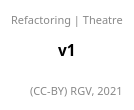
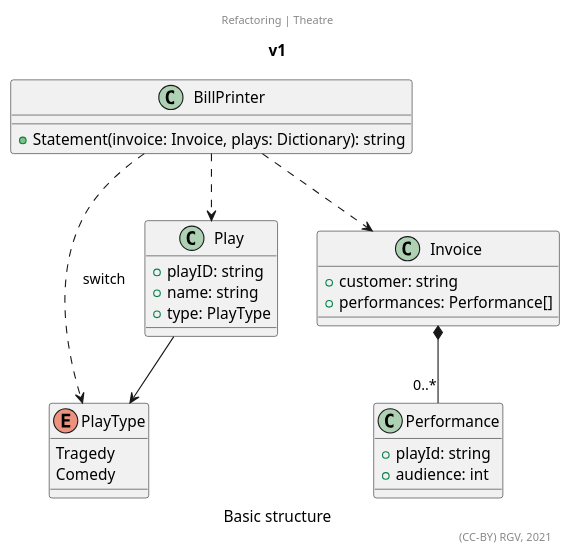
Before and after one commit to RicardoGuzmanVelasco/MartinFowler.Refactoring: the diagram in Theatre/Documentation~/v1.puml, drawn with PlantUML. The commit also changed 15 other files, not shown here.

Commit message:
v1 | Basic structure

```diff
--- a/Theatre/Documentation~/v1.puml
+++ b/Theatre/Documentation~/v1.puml
@@ -1,15 +1,47 @@
 @startuml
 title v1
 center header Refactoring | Theatre
 '''''''''''''
 allowmixing
 '''''''''''''
 
+enum PlayType{
+    Tragedy
+    Comedy
+}
+
+class Performance{
+    +playId: string
+    +audience: int
+}
+
+class Invoice{
+    +customer: string
+    +performances: Performance[]
+}
+
+class Play{
+    +playID: string
+    +name: string
+    +type: PlayType
+}
+
+class BillPrinter{
+    +Statement(invoice: Invoice, plays: Dictionary): string 
+}
 
 '''''''''''''
+
+Play --> PlayType
+Invoice *-- "0..*" Performance
+
+BillPrinter ..> Invoice
+BillPrinter ..> Play
+BillPrinter ..> PlayType : switch
 
 
 '''''''''''''
 '''''''''''''
+caption Basic structure
 right footer (CC-BY) RGV, 2021
 @enduml
```
